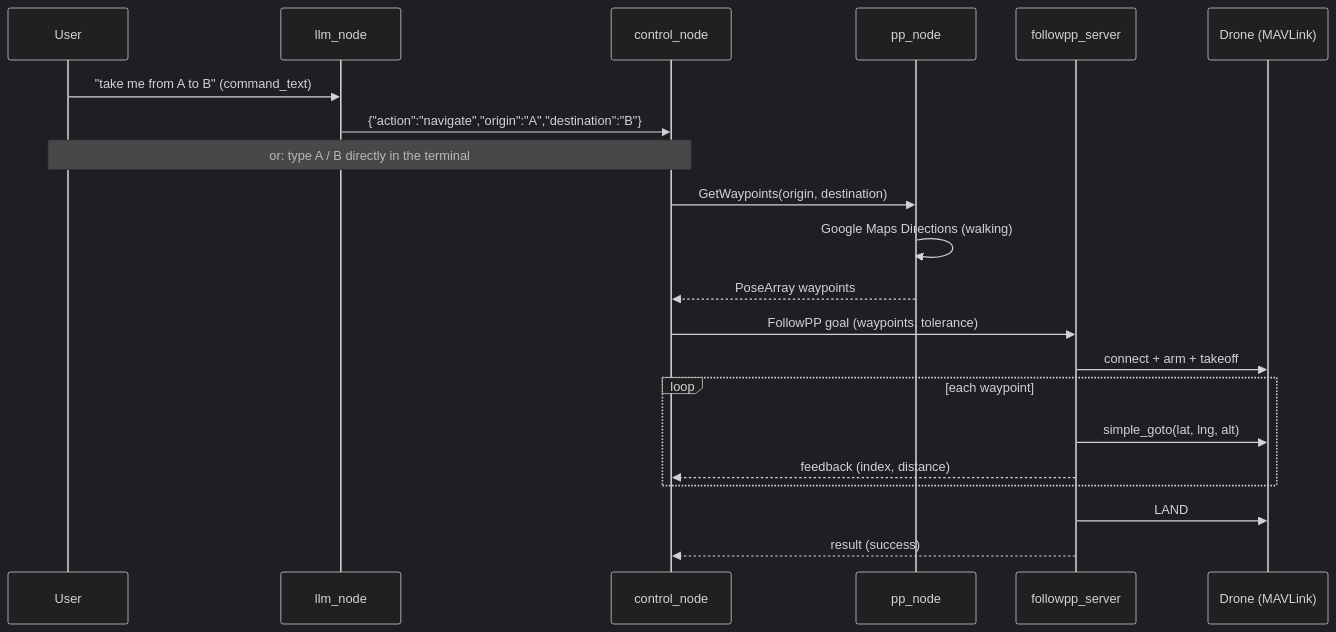
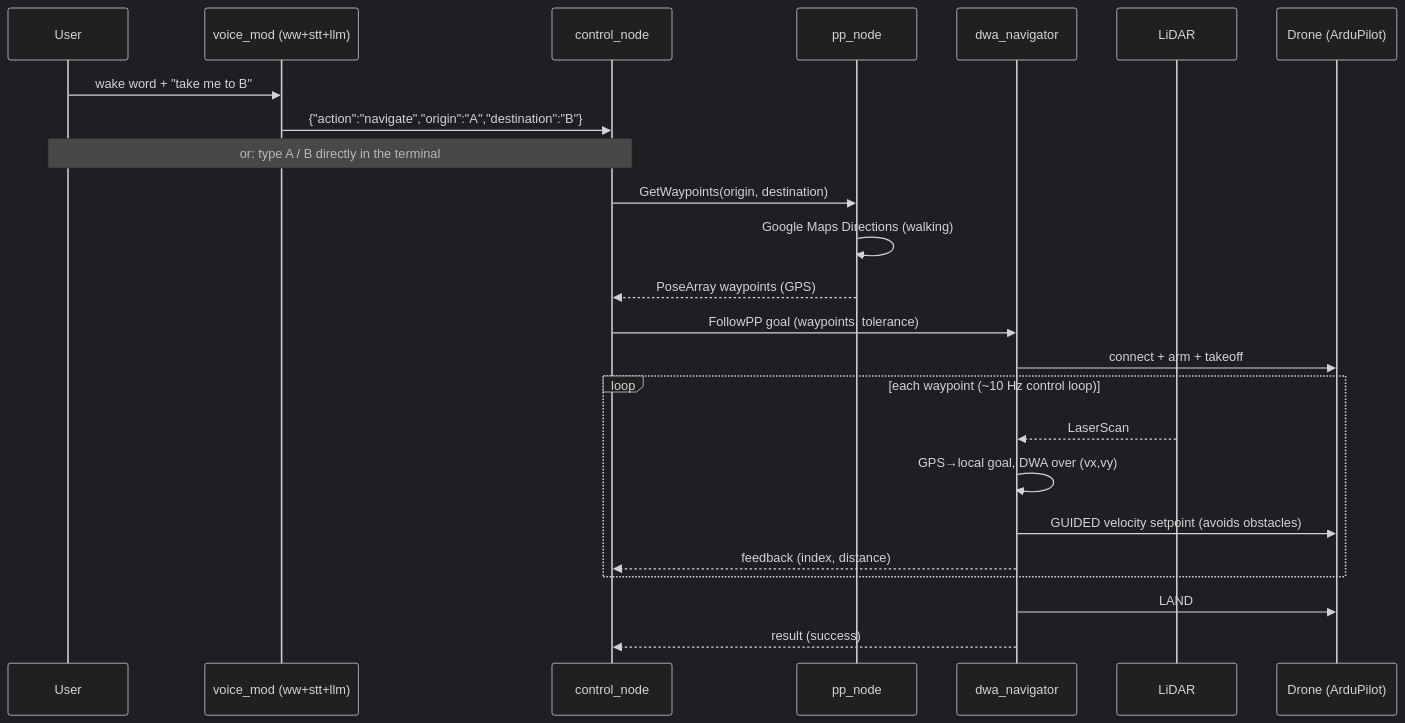
Before and after one commit to blar-tw/D-Guide: the diagram in docs/architecture.md, drawn with Mermaid (dark theme). The commit also changed other lines of this file and 18 other files, not shown here.

Commit message:
refining sysyem flow

````diff
--- a/docs/architecture.md
+++ b/docs/architecture.md
@@ -57,24 +65,27 @@
 ```mermaid
 sequenceDiagram
     participant U as User
-    participant L as llm_node
+    participant V as voice_mod (ww+stt+llm)
     participant C as control_node
     participant P as pp_node
-    participant F as followpp_server
-    participant D as Drone (MAVLink)
+    participant N as dwa_navigator
+    participant L as LiDAR
+    participant D as Drone (ArduPilot)
 
-    U->>L: "take me from A to B" (command_text)
-    L->>C: {"action":"navigate","origin":"A","destination":"B"}
+    U->>V: wake word + "take me to B"
+    V->>C: {"action":"navigate","origin":"A","destination":"B"}
     Note over U,C: or: type A / B directly in the terminal
     C->>P: GetWaypoints(origin, destination)
     P->>P: Google Maps Directions (walking)
-    P-->>C: PoseArray waypoints
-    C->>F: FollowPP goal (waypoints, tolerance)
-    F->>D: connect + arm + takeoff
-    loop each waypoint
-        F->>D: simple_goto(lat, lng, alt)
-        F-->>C: feedback (index, distance)
+    P-->>C: PoseArray waypoints (GPS)
+    C->>N: FollowPP goal (waypoints, tolerance)
+    N->>D: connect + arm + takeoff
+    loop each waypoint (~10 Hz control loop)
+        L-->>N: LaserScan
+        N->>N: GPS→local goal, DWA over (vx,vy)
+        N->>D: GUIDED velocity setpoint (avoids obstacles)
+        N-->>C: feedback (index, distance)
     end
-    F->>D: LAND
-    F-->>C: result (success)
+    N->>D: LAND
+    N-->>C: result (success)
 ```
````
